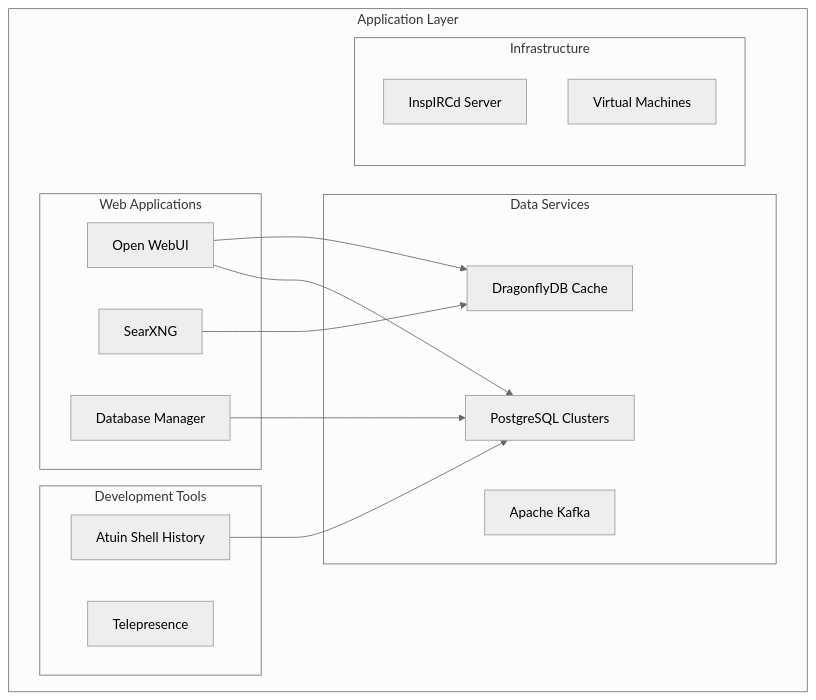
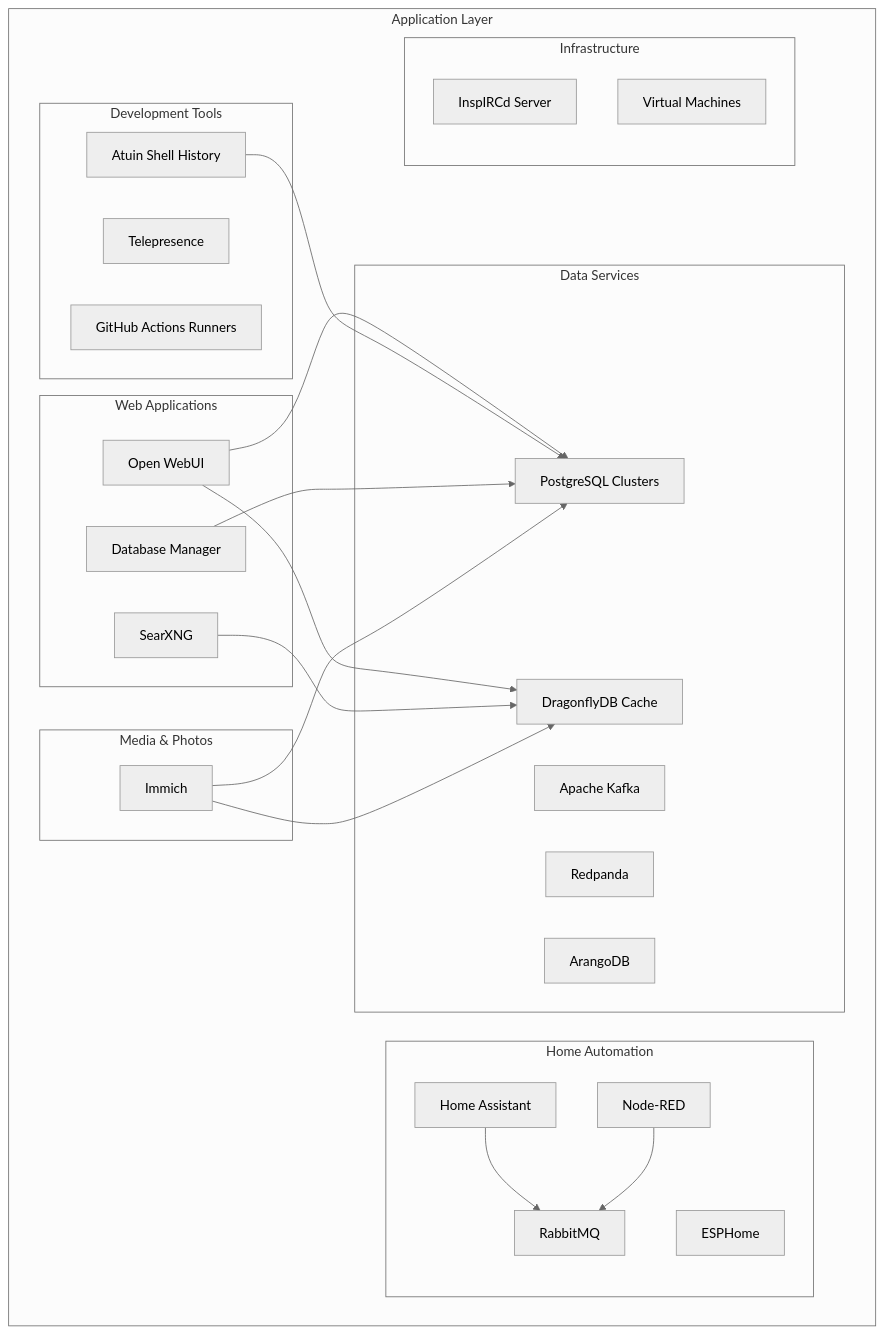
One commit to enchantednatures/HomeCluster changed the first of 5 diagrams in docs/kubernetes-applications.md. Above: the diagram before and after it, drawn with Mermaid (neutral theme). The commit also changed other lines of this file and 9 other files, not shown here.

Commit message:
docs: update architecture and infrastructure documentation

````diff
--- a/docs/kubernetes-applications.md
+++ b/docs/kubernetes-applications.md
@@ -30,32 +34,50 @@
 ```mermaid
 graph TB
     subgraph "Application Layer"
         subgraph "Web Applications"
             WEBUI[Open WebUI]
             SEARCH[SearXNG]
             DBMAN[Database Manager]
         end
-        
+
+        subgraph "Media & Photos"
+            IMMICH[Immich]
+        end
+
+        subgraph "Home Automation"
+            HA[Home Assistant]
+            ESPHOME[ESPHome]
+            NODERED[Node-RED]
+            RABBITMQ[RabbitMQ]
+        end
+
         subgraph "Development Tools"
             ATUIN[Atuin Shell History]
             TELEPRESENCE[Telepresence]
+            RUNNERS[GitHub Actions Runners]
         end
-        
+
         subgraph "Data Services"
             POSTGRES[PostgreSQL Clusters]
             KAFKA[Apache Kafka]
+            REDPANDA[Redpanda]
+            ARANGO[ArangoDB]
             REDIS[DragonflyDB Cache]
         end
-        
+
         subgraph "Infrastructure"
             IRC[InspIRCd Server]
             VMS[Virtual Machines]
         end
     end
-    
+
     WEBUI --> POSTGRES
     WEBUI --> REDIS
     ATUIN --> POSTGRES
     SEARCH --> REDIS
     DBMAN --> POSTGRES
+    IMMICH --> POSTGRES
+    IMMICH --> REDIS
+    HA --> RABBITMQ
+    NODERED --> RABBITMQ
 ```
````
